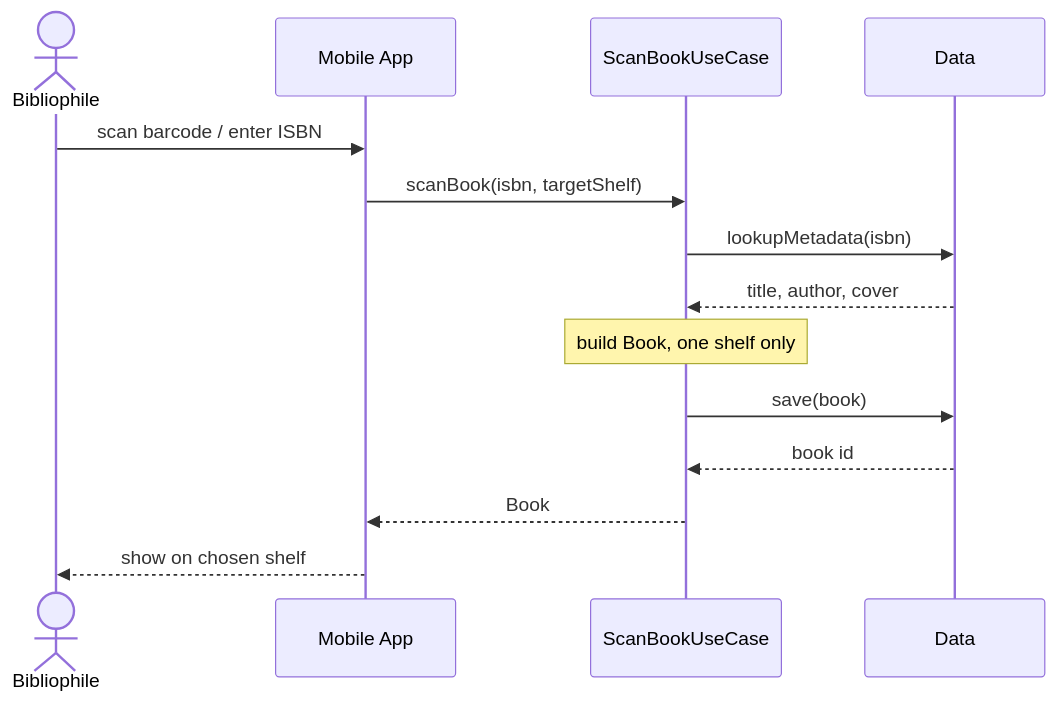
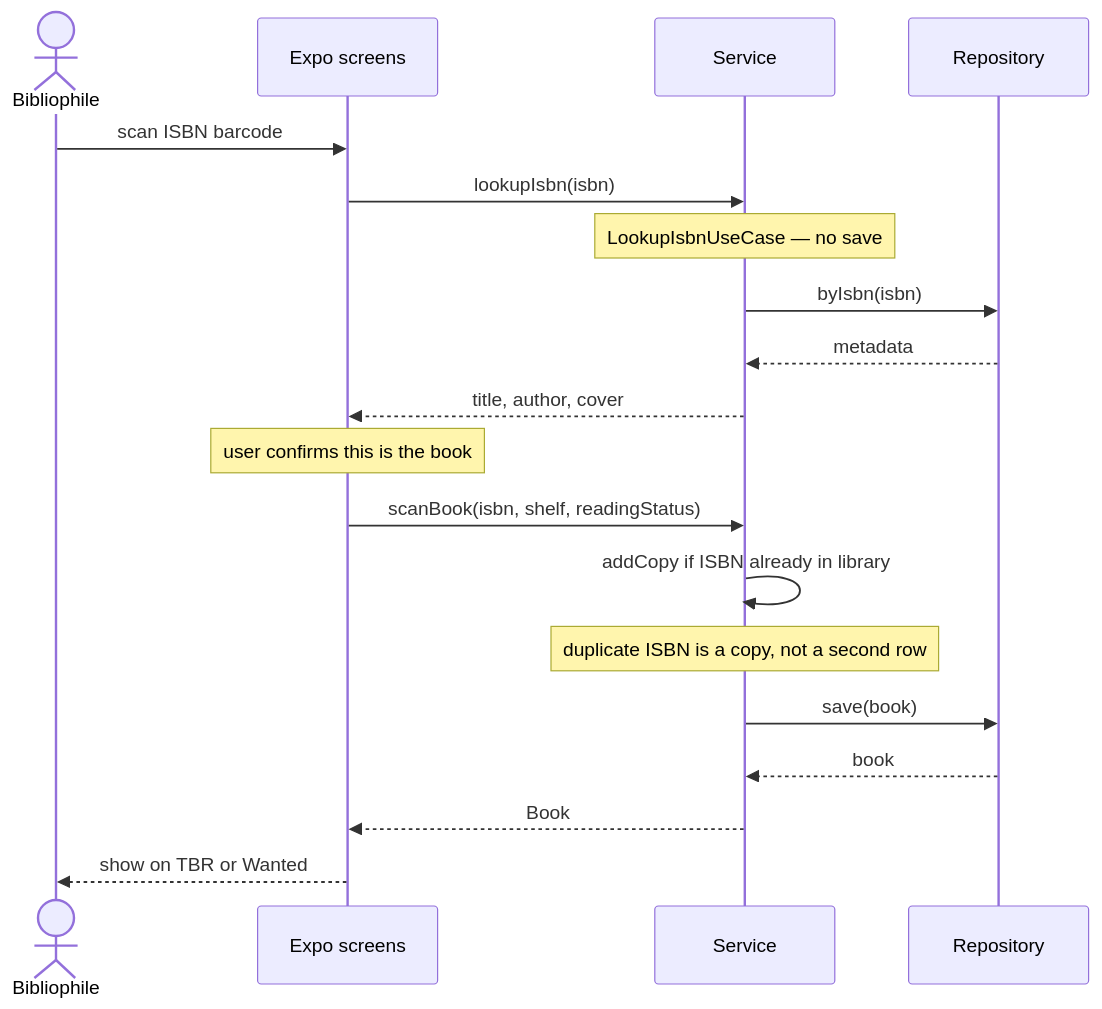
One commit to ghechavarria/cen5064-project-hechavarria changed the fourth of 4 diagrams in README.md. Above: the diagram before and after it, drawn with Mermaid. The commit also changed other lines of this file and 67 other files, not shown here.

Commit message:
Initial Architecture/Logic and Design Creation #3 Issue

````diff
--- a/README.md
+++ b/README.md
@@ -105,16 +105,21 @@
 ```mermaid
 sequenceDiagram
     actor U as Bibliophile
-    participant UI as Mobile App
-    participant S as ScanBookUseCase
-    participant D as Data
-    U->>UI: scan barcode / enter ISBN
-    UI->>S: scanBook(isbn, targetShelf)
-    S->>D: lookupMetadata(isbn)
-    D-->>S: title, author, cover
-    Note over S: build Book, one shelf only
-    S->>D: save(book)
-    D-->>S: book id
+    participant UI as Expo screens
+    participant S as Service
+    participant R as Repository
+    U->>UI: scan ISBN barcode
+    UI->>S: lookupIsbn(isbn)
+    Note over S: LookupIsbnUseCase — no save
+    S->>R: byIsbn(isbn)
+    R-->>S: metadata
+    S-->>UI: title, author, cover
+    Note over UI: user confirms this is the book
+    UI->>S: scanBook(isbn, shelf, readingStatus)
+    S->>S: addCopy if ISBN already in library
+    Note over S: duplicate ISBN is a copy, not a second row
+    S->>R: save(book)
+    R-->>S: book
     S-->>UI: Book
-    UI-->>U: show on chosen shelf
+    UI-->>U: show on TBR or Wanted
 ```
````
